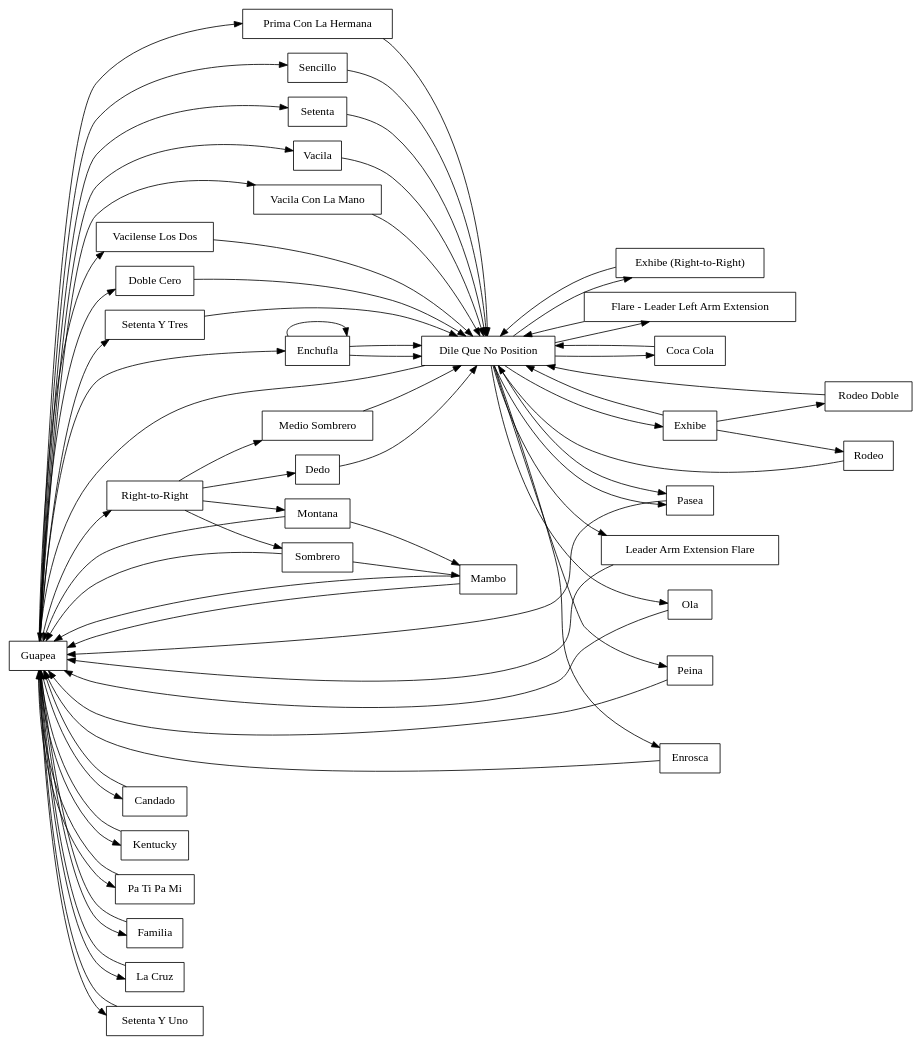
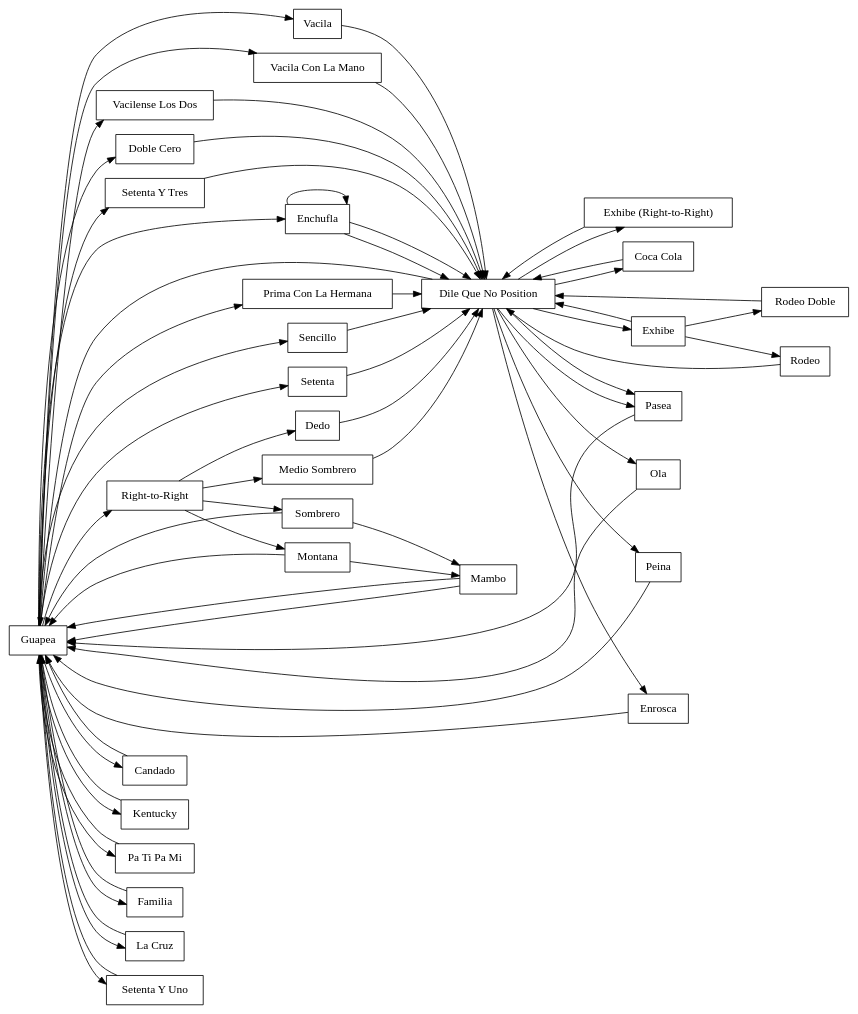
The diagram in social_all_dile_que_no_is_same.dot (adharsh/Salsa), drawn with Graphviz before and after one commit. The commit also changed 3 other files, not shown here.

```diff
--- a/social_all_dile_que_no_is_same.dot
+++ b/social_all_dile_que_no_is_same.dot
@@ -1,81 +1,81 @@
 
 /*
 Notes
 - Guapea can be skipped
 - Rueda moves, add *, can be disabled
 
 Others:
 - https://bachatasteps.com/?topic=salsa&options=newest
 - https://www.makelinux.net/salsa/
 - guapea -> familia -> guapea, does it end in dilequeno?
 - tf is traslado?
 - la cruz ends in dile que no position or guapea?
 - exhibe (right-to-right), only option is pasea?
 
 Can all dile que no positions can be right-to-right?
 
 */
 
 digraph SalsaDanceMoves {
   rankdir=LR; 
   node [shape=box];
   edge [color=black];
 
   // Level 1
   Guapea -> Enchufla;
   Enchufla -> "Dile Que No Position";
   Enchufla -> "Dile Que No Position";
   "Dile Que No Position" -> Guapea;
   "Dile Que No Position" -> Exhibe;
   "Dile Que No Position" -> Pasea;
   "Dile Que No Position" -> Pasea;
   Pasea -> Guapea;
   Exhibe -> "Dile Que No Position";
 
   // Level 2a
   Enchufla -> Enchufla;
   Guapea -> Candado -> Guapea;
   Guapea -> Kentucky -> Guapea;
   Guapea -> "Pa Ti Pa Mi" -> Guapea;
 
   // Level 2b
   Guapea -> "Prima Con La Hermana" -> "Dile Que No Position";
   Guapea -> Familia -> Guapea;
 
   // Level 2c
   Exhibe -> Rodeo -> "Dile Que No Position";
   Exhibe -> "Rodeo Doble" -> "Dile Que No Position";
   Guapea -> "La Cruz" -> Guapea;
 
   // Level 2d
   Guapea -> Sencillo -> "Dile Que No Position";
   Guapea -> Setenta -> "Dile Que No Position";
-  "Dile Que No Position" -> "Leader Arm Extension Flare" -> Guapea;
+  //"Dile Que No Position" -> "Flare - Leader Left Arm Extension" -> Guapea;
 
   // Level 3a
   Guapea -> Vacila -> "Dile Que No Position";
   Guapea -> "Vacila Con La Mano" -> "Dile Que No Position";
   Guapea -> "Vacilense Los Dos" -> "Dile Que No Position";
   Guapea -> "Right-to-Right";
   "Right-to-Right" -> "Medio Sombrero" -> "Dile Que No Position";
   "Dile Que No Position" -> "Exhibe (Right-to-Right)" -> "Dile Que No Position";
 
   // Level 3b
   "Right-to-Right" -> Sombrero -> Guapea;
   Sombrero -> Mambo -> Guapea;
   "Dile Que No Position" -> Ola -> Guapea;
   "Right-to-Right" -> Dedo -> "Dile Que No Position";
   "Right-to-Right" -> Montana -> Guapea;
   Montana -> Mambo -> Guapea;
-  "Dile Que No Position" -> "Flare - Leader Left Arm Extension" -> "Dile Que No Position";
+  //"Dile Que No Position" -> "Flare - Leader Left Arm Extension" -> "Dile Que No Position";
 
   // Level 3c
   "Dile Que No Position" -> Peina -> Guapea;
   "Dile Que No Position" -> Enrosca -> Guapea;
   Guapea -> "Setenta Y Uno" -> Guapea;
   "Dile Que No Position" -> "Coca Cola" -> "Dile Que No Position";
 
   // Level 3d
   Guapea -> "Doble Cero" -> "Dile Que No Position";
   Guapea -> "Setenta Y Tres" -> "Dile Que No Position";
 }
```
